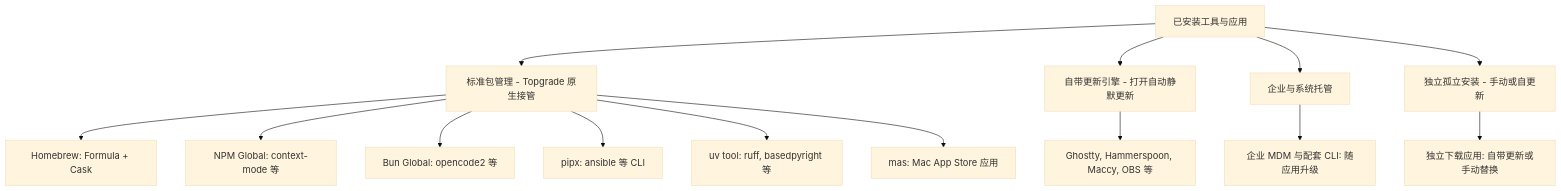
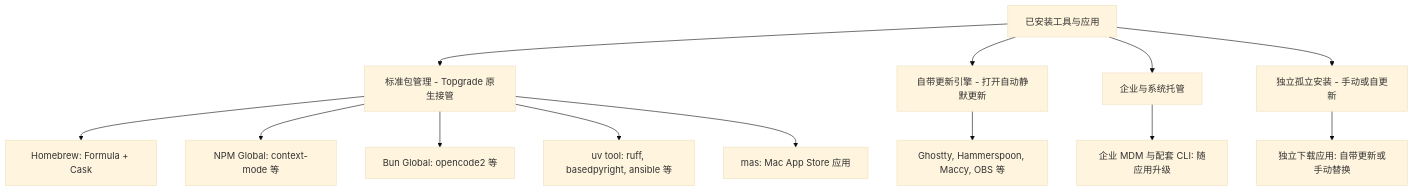
The diagram in README.md (suainam/mac-bootstrap-template), drawn with Mermaid (base theme) before and after one commit. The commit also changed other lines of this file and 10 other files, not shown here.

````diff
--- a/README.md
+++ b/README.md
@@ -180,18 +180,17 @@
 ```mermaid
 flowchart TD
     All[已安装工具与应用] --> PKG[标准包管理 - Topgrade 原生接管]
     All --> Sparkle[自带更新引擎 - 打开自动静默更新]
     All --> Enterprise[企业与系统托管]
     All --> Manual[独立孤立安装 - 手动或自更新]
 
     PKG --> P1[Homebrew: Formula + Cask]
     PKG --> P2[NPM Global: context-mode 等]
     PKG --> P3[Bun Global: opencode2 等]
-    PKG --> P4[pipx: ansible 等 CLI]
-    PKG --> P5[uv tool: ruff, basedpyright 等]
+    PKG --> P4[uv tool: ruff, basedpyright, ansible 等]
     PKG --> P6[mas: Mac App Store 应用]
 
     Sparkle --> S1[Ghostty, Hammerspoon, Maccy, OBS 等]
     Enterprise --> E1[企业 MDM 与配套 CLI: 随应用升级]
     Manual --> M1[独立下载应用: 自带更新或手动替换]
 ```
````
